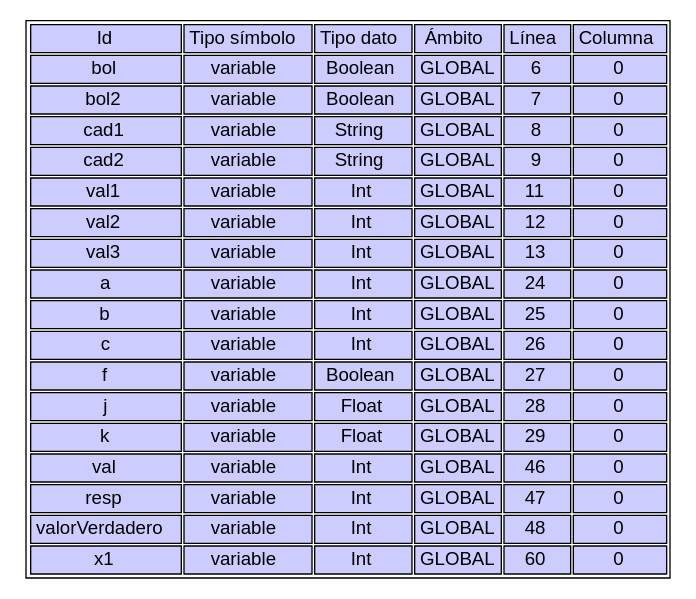
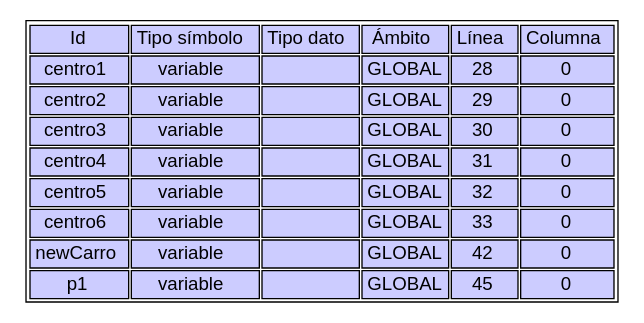
The diagram in Backend/Reportes_Creados/ Reporte_TS.dot (Angelgt3/OLC2_P1_201901055), drawn with Graphviz before and after one commit. The commit also changed 11 other files, not shown here.

```diff
--- a/Backend/Reportes_Creados/ Reporte_TS.dot
+++ b/Backend/Reportes_Creados/ Reporte_TS.dot
@@ -1,114 +1,60 @@
 digraph TS{ 
 node [ shape=none fontname=Helvetica] 
 n1 [ label = <<table><tr> 
 <td colspan="2" bgcolor="#ccccff">Id</td>
 <td colspan="2" bgcolor="#ccccff">Tipo símbolo</td>
 <td colspan="2" bgcolor="#ccccff">Tipo dato</td>
 <td colspan="2" bgcolor="#ccccff">Ámbito</td>
 <td colspan="2" bgcolor="#ccccff">Línea </td>
 <td colspan="2" bgcolor="#ccccff">Columna</td>
 </tr>
-<tr><td colspan="2" bgcolor="#ccccff">bol</td>
+<tr><td colspan="2" bgcolor="#ccccff">centro1</td>
 <td colspan="2" bgcolor="#ccccff">variable</td>
-<td colspan="2" bgcolor="#ccccff">Boolean</td>
-<td colspan="2" bgcolor="#ccccff">GLOBAL</td>
-<td colspan="2" bgcolor="#ccccff">6</td>
-<td colspan="2" bgcolor="#ccccff">0</td></tr>
-<tr><td colspan="2" bgcolor="#ccccff">bol2</td>
-<td colspan="2" bgcolor="#ccccff">variable</td>
-<td colspan="2" bgcolor="#ccccff">Boolean</td>
-<td colspan="2" bgcolor="#ccccff">GLOBAL</td>
-<td colspan="2" bgcolor="#ccccff">7</td>
-<td colspan="2" bgcolor="#ccccff">0</td></tr>
-<tr><td colspan="2" bgcolor="#ccccff">cad1</td>
-<td colspan="2" bgcolor="#ccccff">variable</td>
-<td colspan="2" bgcolor="#ccccff">String</td>
-<td colspan="2" bgcolor="#ccccff">GLOBAL</td>
-<td colspan="2" bgcolor="#ccccff">8</td>
-<td colspan="2" bgcolor="#ccccff">0</td></tr>
-<tr><td colspan="2" bgcolor="#ccccff">cad2</td>
-<td colspan="2" bgcolor="#ccccff">variable</td>
-<td colspan="2" bgcolor="#ccccff">String</td>
-<td colspan="2" bgcolor="#ccccff">GLOBAL</td>
-<td colspan="2" bgcolor="#ccccff">9</td>
-<td colspan="2" bgcolor="#ccccff">0</td></tr>
-<tr><td colspan="2" bgcolor="#ccccff">val1</td>
-<td colspan="2" bgcolor="#ccccff">variable</td>
-<td colspan="2" bgcolor="#ccccff">Int</td>
-<td colspan="2" bgcolor="#ccccff">GLOBAL</td>
-<td colspan="2" bgcolor="#ccccff">11</td>
-<td colspan="2" bgcolor="#ccccff">0</td></tr>
-<tr><td colspan="2" bgcolor="#ccccff">val2</td>
-<td colspan="2" bgcolor="#ccccff">variable</td>
-<td colspan="2" bgcolor="#ccccff">Int</td>
-<td colspan="2" bgcolor="#ccccff">GLOBAL</td>
-<td colspan="2" bgcolor="#ccccff">12</td>
-<td colspan="2" bgcolor="#ccccff">0</td></tr>
-<tr><td colspan="2" bgcolor="#ccccff">val3</td>
-<td colspan="2" bgcolor="#ccccff">variable</td>
-<td colspan="2" bgcolor="#ccccff">Int</td>
-<td colspan="2" bgcolor="#ccccff">GLOBAL</td>
-<td colspan="2" bgcolor="#ccccff">13</td>
-<td colspan="2" bgcolor="#ccccff">0</td></tr>
-<tr><td colspan="2" bgcolor="#ccccff">a</td>
-<td colspan="2" bgcolor="#ccccff">variable</td>
-<td colspan="2" bgcolor="#ccccff">Int</td>
-<td colspan="2" bgcolor="#ccccff">GLOBAL</td>
-<td colspan="2" bgcolor="#ccccff">24</td>
-<td colspan="2" bgcolor="#ccccff">0</td></tr>
-<tr><td colspan="2" bgcolor="#ccccff">b</td>
-<td colspan="2" bgcolor="#ccccff">variable</td>
-<td colspan="2" bgcolor="#ccccff">Int</td>
-<td colspan="2" bgcolor="#ccccff">GLOBAL</td>
-<td colspan="2" bgcolor="#ccccff">25</td>
-<td colspan="2" bgcolor="#ccccff">0</td></tr>
-<tr><td colspan="2" bgcolor="#ccccff">c</td>
-<td colspan="2" bgcolor="#ccccff">variable</td>
-<td colspan="2" bgcolor="#ccccff">Int</td>
-<td colspan="2" bgcolor="#ccccff">GLOBAL</td>
-<td colspan="2" bgcolor="#ccccff">26</td>
-<td colspan="2" bgcolor="#ccccff">0</td></tr>
-<tr><td colspan="2" bgcolor="#ccccff">f</td>
-<td colspan="2" bgcolor="#ccccff">variable</td>
-<td colspan="2" bgcolor="#ccccff">Boolean</td>
-<td colspan="2" bgcolor="#ccccff">GLOBAL</td>
-<td colspan="2" bgcolor="#ccccff">27</td>
-<td colspan="2" bgcolor="#ccccff">0</td></tr>
-<tr><td colspan="2" bgcolor="#ccccff">j</td>
-<td colspan="2" bgcolor="#ccccff">variable</td>
-<td colspan="2" bgcolor="#ccccff">Float</td>
+<td colspan="2" bgcolor="#ccccff"></td>
 <td colspan="2" bgcolor="#ccccff">GLOBAL</td>
 <td colspan="2" bgcolor="#ccccff">28</td>
 <td colspan="2" bgcolor="#ccccff">0</td></tr>
-<tr><td colspan="2" bgcolor="#ccccff">k</td>
+<tr><td colspan="2" bgcolor="#ccccff">centro2</td>
 <td colspan="2" bgcolor="#ccccff">variable</td>
-<td colspan="2" bgcolor="#ccccff">Float</td>
+<td colspan="2" bgcolor="#ccccff"></td>
 <td colspan="2" bgcolor="#ccccff">GLOBAL</td>
 <td colspan="2" bgcolor="#ccccff">29</td>
 <td colspan="2" bgcolor="#ccccff">0</td></tr>
-<tr><td colspan="2" bgcolor="#ccccff">val</td>
+<tr><td colspan="2" bgcolor="#ccccff">centro3</td>
 <td colspan="2" bgcolor="#ccccff">variable</td>
-<td colspan="2" bgcolor="#ccccff">Int</td>
+<td colspan="2" bgcolor="#ccccff"></td>
 <td colspan="2" bgcolor="#ccccff">GLOBAL</td>
-<td colspan="2" bgcolor="#ccccff">46</td>
+<td colspan="2" bgcolor="#ccccff">30</td>
 <td colspan="2" bgcolor="#ccccff">0</td></tr>
-<tr><td colspan="2" bgcolor="#ccccff">resp</td>
+<tr><td colspan="2" bgcolor="#ccccff">centro4</td>
 <td colspan="2" bgcolor="#ccccff">variable</td>
-<td colspan="2" bgcolor="#ccccff">Int</td>
+<td colspan="2" bgcolor="#ccccff"></td>
 <td colspan="2" bgcolor="#ccccff">GLOBAL</td>
-<td colspan="2" bgcolor="#ccccff">47</td>
+<td colspan="2" bgcolor="#ccccff">31</td>
 <td colspan="2" bgcolor="#ccccff">0</td></tr>
-<tr><td colspan="2" bgcolor="#ccccff">valorVerdadero</td>
+<tr><td colspan="2" bgcolor="#ccccff">centro5</td>
 <td colspan="2" bgcolor="#ccccff">variable</td>
-<td colspan="2" bgcolor="#ccccff">Int</td>
+<td colspan="2" bgcolor="#ccccff"></td>
 <td colspan="2" bgcolor="#ccccff">GLOBAL</td>
-<td colspan="2" bgcolor="#ccccff">48</td>
+<td colspan="2" bgcolor="#ccccff">32</td>
 <td colspan="2" bgcolor="#ccccff">0</td></tr>
-<tr><td colspan="2" bgcolor="#ccccff">x1</td>
+<tr><td colspan="2" bgcolor="#ccccff">centro6</td>
 <td colspan="2" bgcolor="#ccccff">variable</td>
-<td colspan="2" bgcolor="#ccccff">Int</td>
+<td colspan="2" bgcolor="#ccccff"></td>
 <td colspan="2" bgcolor="#ccccff">GLOBAL</td>
-<td colspan="2" bgcolor="#ccccff">60</td>
+<td colspan="2" bgcolor="#ccccff">33</td>
+<td colspan="2" bgcolor="#ccccff">0</td></tr>
+<tr><td colspan="2" bgcolor="#ccccff">newCarro</td>
+<td colspan="2" bgcolor="#ccccff">variable</td>
+<td colspan="2" bgcolor="#ccccff"></td>
+<td colspan="2" bgcolor="#ccccff">GLOBAL</td>
+<td colspan="2" bgcolor="#ccccff">42</td>
+<td colspan="2" bgcolor="#ccccff">0</td></tr>
+<tr><td colspan="2" bgcolor="#ccccff">p1</td>
+<td colspan="2" bgcolor="#ccccff">variable</td>
+<td colspan="2" bgcolor="#ccccff"></td>
+<td colspan="2" bgcolor="#ccccff">GLOBAL</td>
+<td colspan="2" bgcolor="#ccccff">45</td>
 <td colspan="2" bgcolor="#ccccff">0</td></tr>
 </table> > ]; 
  }
```
